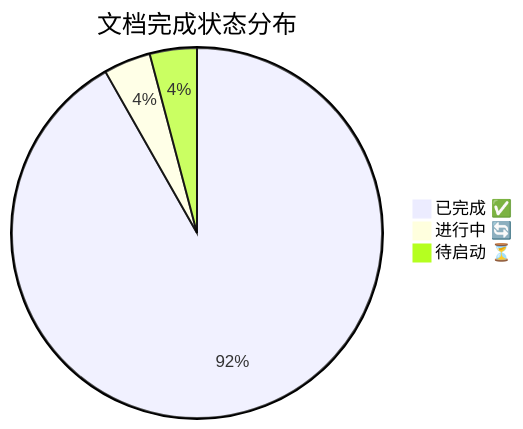
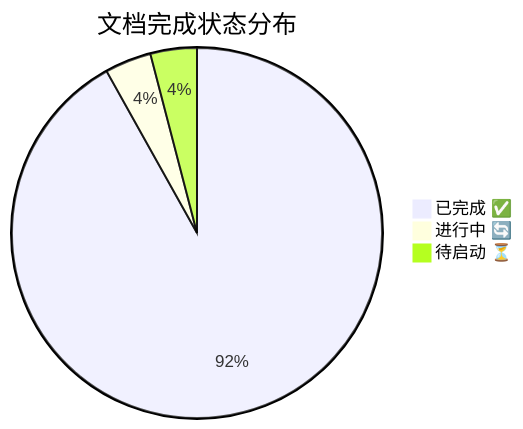
The first of 3 diagrams in framework/DASHBOARD.md (yimeng2026/TOE-SYLVA), drawn with Mermaid before and after one commit. The commit also changed other lines of this file and 5 other files, not shown here.

````diff
--- a/framework/DASHBOARD.md
+++ b/framework/DASHBOARD.md
@@ -32,6 +33,6 @@
 ```mermaid
 pie title 文档完成状态分布
-    "已完成 ✅" : 67
+    "已完成 ✅" : 68
     "进行中 🔄" : 3
     "待启动 ⏳" : 3
 ```
````
